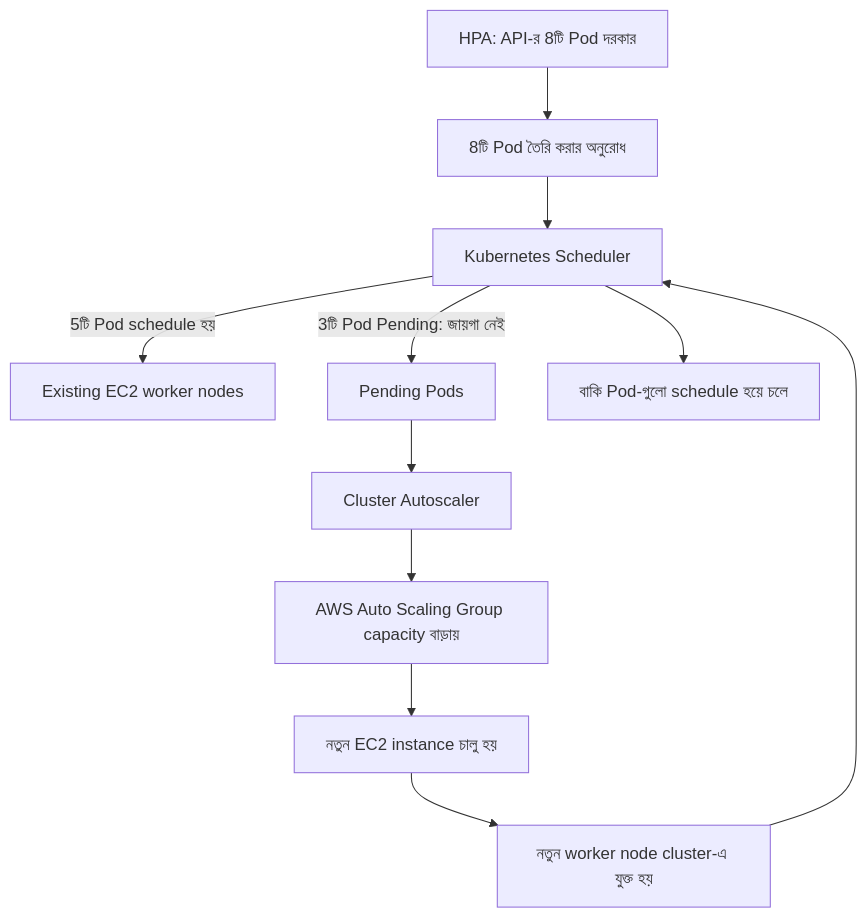
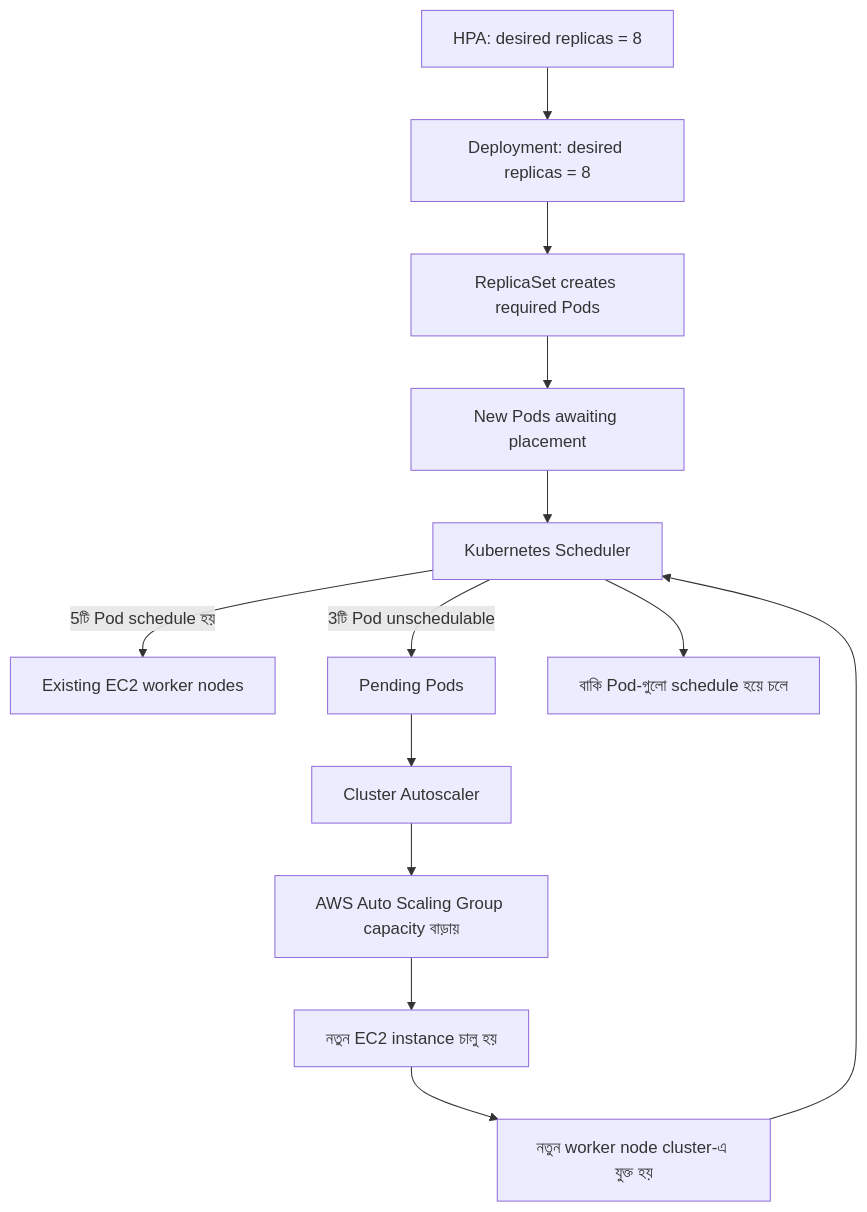
One commit to shomi-khan/k8s-tutorial changed the tenth of 12 diagrams in chapters/00-kubernetes-foundation/README.md. Above: the diagram before and after it, drawn with Mermaid. The commit also changed other lines of this file, not shown here.

Commit message:
docs: clarify Chapter 00 learning flow and diagrams

````diff
--- a/chapters/00-kubernetes-foundation/README.md
+++ b/chapters/00-kubernetes-foundation/README.md
@@ -413,13 +398,15 @@
 ```mermaid
 flowchart TD
-    H[HPA: API-র 8টি Pod দরকার] --> P[8টি Pod তৈরি করার অনুরোধ]
+    H[HPA: desired replicas = 8] --> D[Deployment: desired replicas = 8]
+    D --> RS[ReplicaSet creates required Pods]
+    RS --> P[New Pods awaiting placement]
     P --> S[Kubernetes Scheduler]
     S -->|5টি Pod schedule হয়| N[Existing EC2 worker nodes]
-    S -->|3টি Pod Pending: জায়গা নেই| PA[Pending Pods]
+    S -->|3টি Pod unschedulable| PA[Pending Pods]
     PA --> CA[Cluster Autoscaler]
     CA --> ASG[AWS Auto Scaling Group capacity বাড়ায়]
     ASG --> EC2[নতুন EC2 instance চালু হয়]
     EC2 --> JOIN[নতুন worker node cluster-এ যুক্ত হয়]
     JOIN --> S
     S --> RUN[বাকি Pod-গুলো schedule হয়ে চলে]
 ```
````
